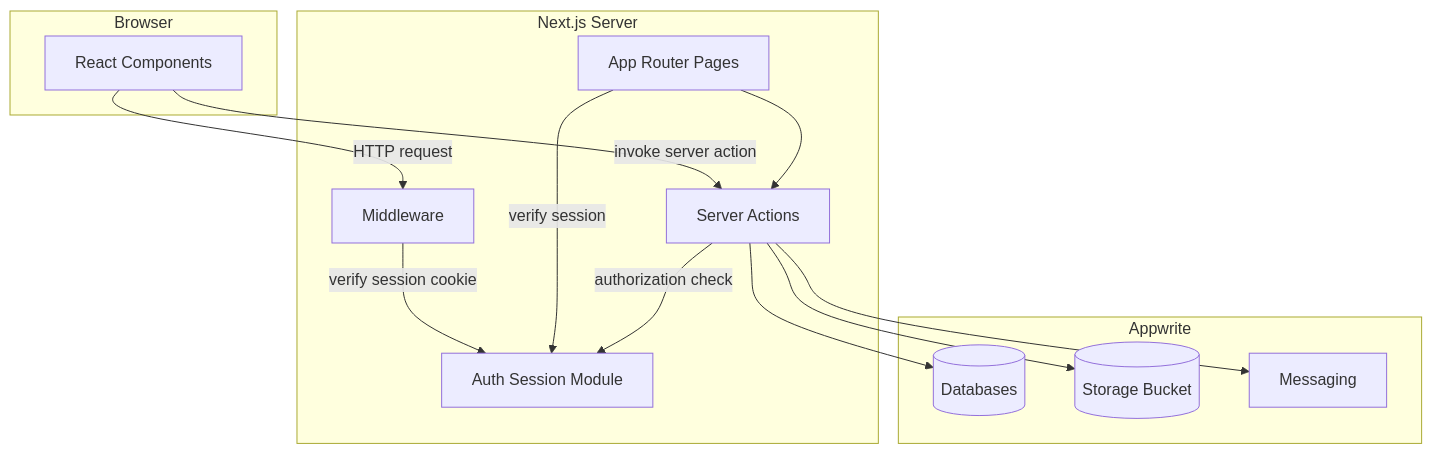
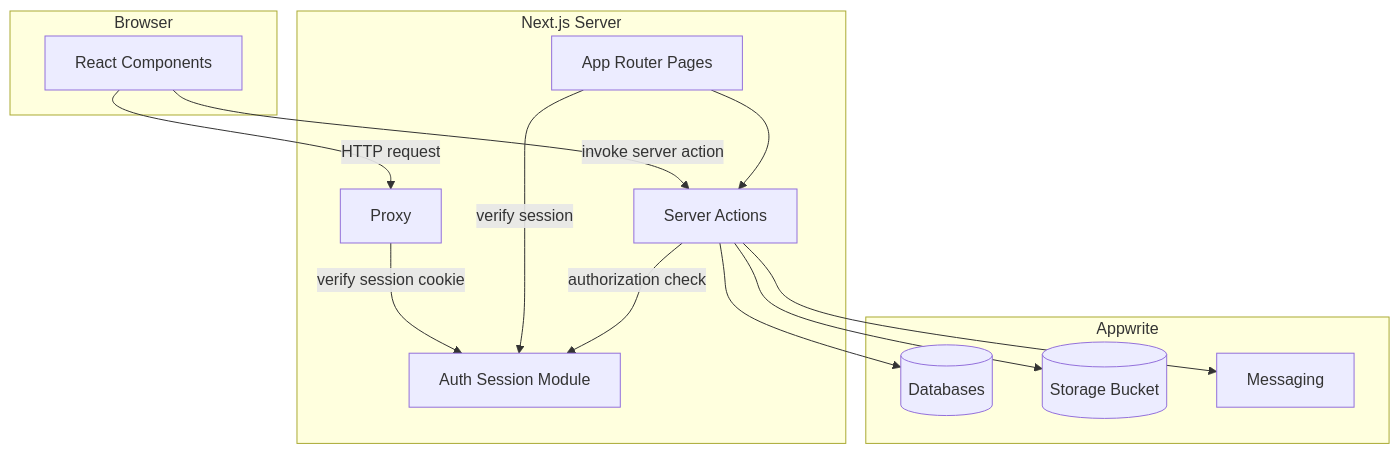
One commit to ogc16/healthcaresystem changed the third of 9 diagrams in README.md. Above: the diagram before and after it, drawn with Mermaid. The commit also changed other lines of this file and 16 other files, not shown here.

````diff
--- a/README.md
+++ b/README.md
@@ -185,29 +185,29 @@
 ```mermaid
 flowchart TB
     subgraph Browser
         UI[React Components]
     end
 
     subgraph "Next.js Server"
-        MW[Middleware]
+        MW[Proxy]
         Pages[App Router Pages]
         Actions[Server Actions]
         Auth[Auth Session Module]
     end
 
     subgraph Appwrite
         DB[(Databases)]
         Storage[(Storage Bucket)]
         SMS[Messaging]
     end
 
     UI -->|HTTP request| MW
     MW -->|verify session cookie| Auth
     UI -->|invoke server action| Actions
     Pages --> Actions
     Pages -->|verify session| Auth
     Actions -->|authorization check| Auth
     Actions --> DB
     Actions --> Storage
     Actions --> SMS
 ```
````
